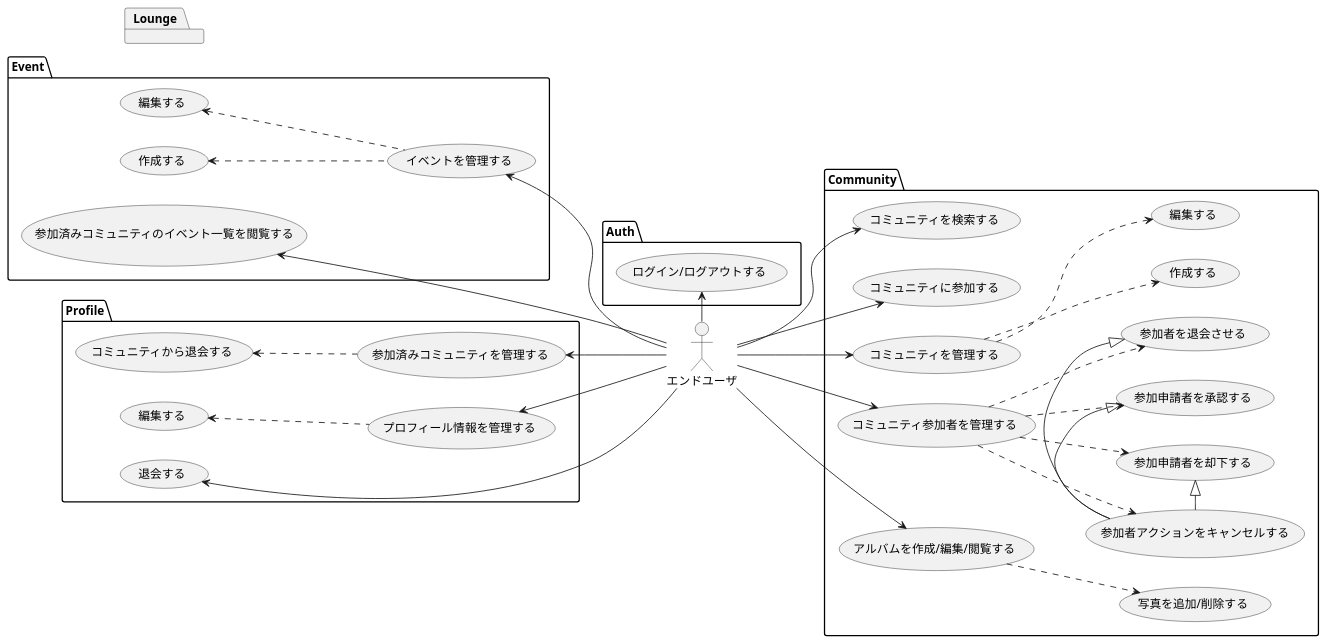
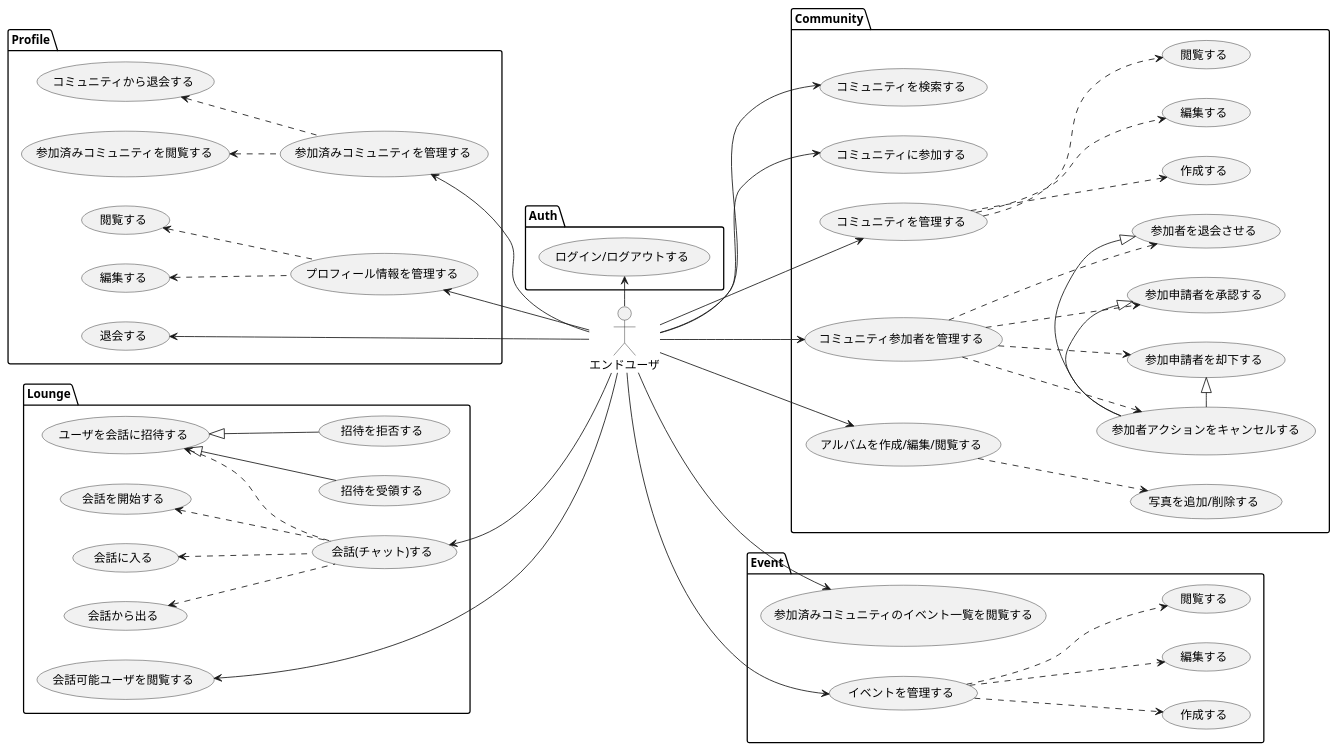
Before and after one commit to co-in-house/doc-spec: the diagram in doc/ux/usercase.pu, drawn with PlantUML. The commit also changed other lines of this file and 1 other file, not shown here.

Commit message:
update usecase

```diff
--- a/doc/ux/usercase.pu
+++ b/doc/ux/usercase.pu
@@ -1,81 +1,110 @@
 @startuml usecase
 
 ' User -up- (上)
 ' User -do- (下)
 ' User -le- (左) 
 ' User -ri- (右
 
 left to right direction
 actor エンドユーザ as user
 
 package "Auth" {
   usecase "ログイン/ログアウトする" as uc001
 }
 user -> uc001
 
 package "Community" {
   usecase "コミュニティを検索する" as uc101
   usecase "コミュニティに参加する" as uc102
   usecase "コミュニティを管理する" as uc103
     usecase "作成する" as uc103.1
     usecase "編集する" as uc103.2
+    usecase "閲覧する" as uc103.3
   usecase "コミュニティ参加者を管理する" as uc104
     usecase "参加者を退会させる" as uc104.1
     usecase "参加申請者を承認する" as uc104.2
     usecase "参加申請者を却下する" as uc104.3
     usecase "参加者アクションをキャンセルする" as uc104.4
   usecase "アルバムを作成/編集/閲覧する" as uc105
   usecase "写真を追加/削除する" as uc106
 }
 
 user --> uc101
 user --> uc102
 user --> uc103
     uc103 -.> uc103.1
     uc103 -.> uc103.2
+    uc103 -.> uc103.3
 user --> uc104
     uc104 -.> uc104.1
     uc104 -.> uc104.2
     uc104 -.> uc104.3
     uc104 -.> uc104.4
     uc104.4 -|> uc104.1
     uc104.4 -|> uc104.2
     uc104.4 -|> uc104.3
 user --> uc105
 uc105 -.> uc106
 
 
+
+
 package "Event" {
   usecase "参加済みコミュニティのイベント一覧を閲覧する" as uc201
   usecase "イベントを管理する" as uc202
     usecase "作成する" as uc202.1
     usecase "編集する" as uc202.2
+    usecase "閲覧する" as uc202.3
 }
 
-uc201 <-- user
-uc202 <-- user 
-    uc202 -up.> uc202.1
-    uc202 -up.> uc202.2
+user --> uc201
+user --> uc202
+    uc202 -.> uc202.1
+    uc202 -.> uc202.2
+    uc202 -.> uc202.3
+
 
 
 
 package "Profile" {
     usecase "プロフィール情報を管理する" as uc301
         usecase "編集する" as uc301.1
+        usecase "閲覧する" as uc301.2
     usecase "参加済みコミュニティを管理する" as uc302
-        usecase "コミュニティから退会する" as uc302.1
+        usecase "参加済みコミュニティを閲覧する" as uc302.1
+        usecase "コミュニティから退会する" as uc302.2
     usecase "退会する" as uc303
 }
 
 uc301 <-- user
     uc301 -up.> uc301.1
+    uc301 -up.> uc301.2
 uc302 <-- user 
     uc302 -up.> uc302.1
+    uc302 -up.> uc302.2
 uc303 <-- user 
 
 
+
+
 package "Lounge" {
-    ' usecase 
+    usecase "会話(チャット)する" as uc401
+      usecase "会話を開始する" as uc401.1
+      usecase "会話に入る" as uc401.2
+      usecase "会話から出る" as uc401.3
+      usecase "ユーザを会話に招待する" as uc401.5
+      usecase "招待を受領する" as uc401.5.1
+      usecase "招待を拒否する" as uc401.5.2
+    usecase "会話可能ユーザを閲覧する" as uc402
 }
 
+uc401 <-- user 
+    uc401.1 <.- uc401  
+    uc401.2 <.- uc401 
+    uc401.3 <.- uc401
+    uc401.5 <.- uc401
+    uc401.5.1  -up-|> uc401.5
+    uc401.5.2  -up-|> uc401.5
+uc402 <-- user
+
 @enduml
```
